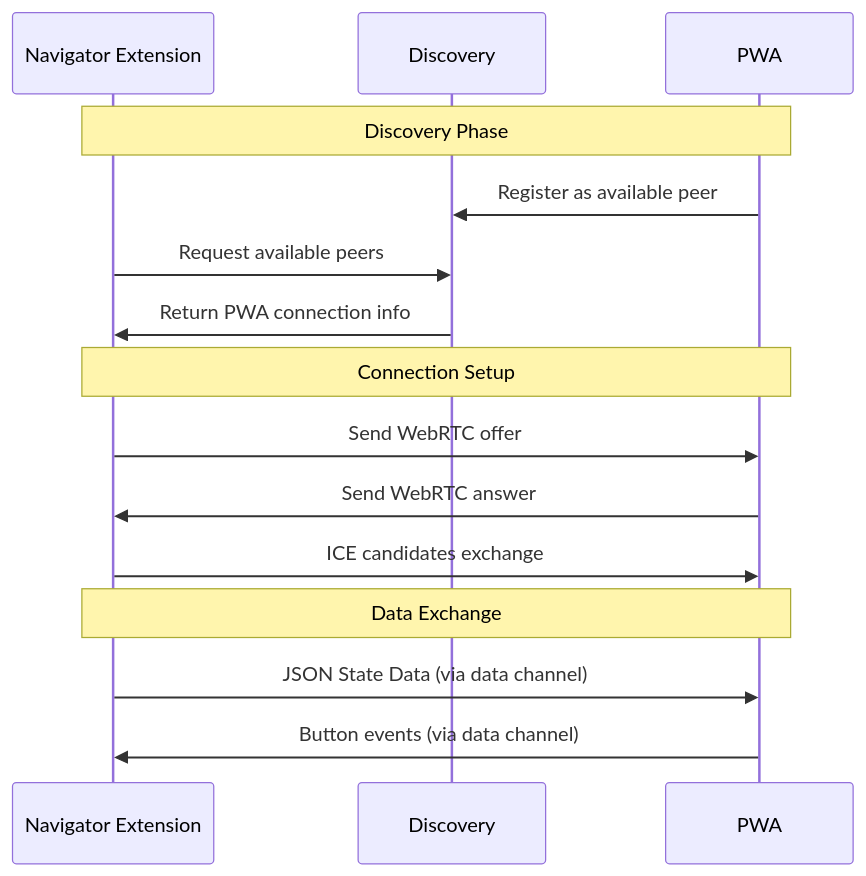
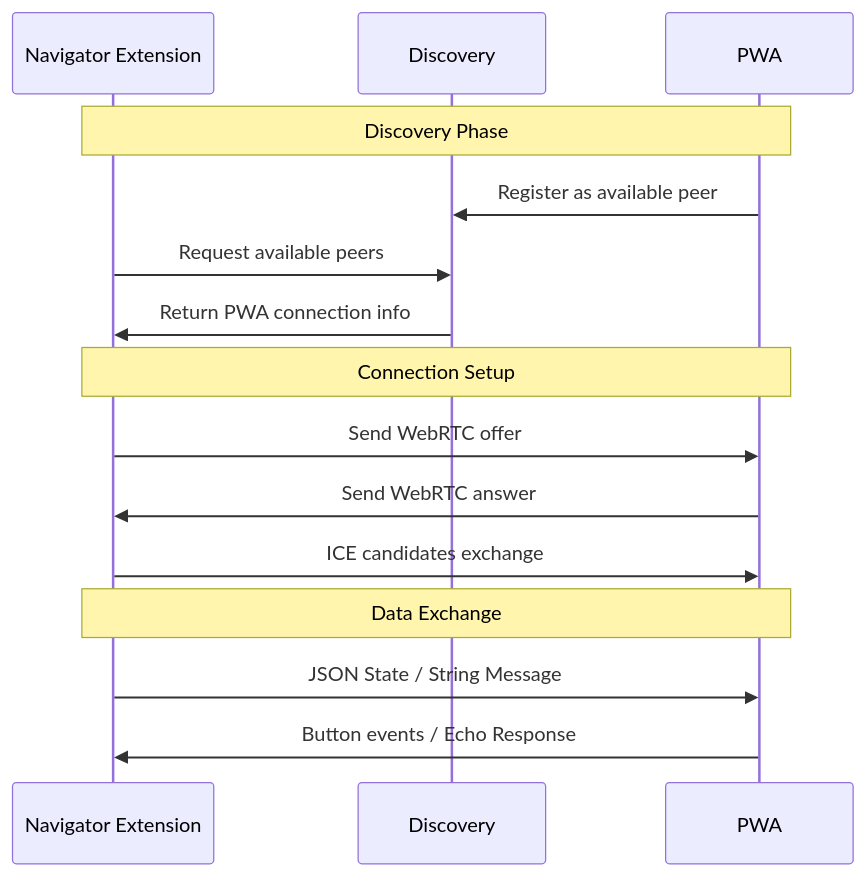
The second of 7 diagrams in mkdocs/docs/implementation.md (LibreTactile/tomat-light-pwa), drawn with Mermaid before and after one commit. The commit also changed other lines of this file and 3 other files, not shown here.

````diff
--- a/mkdocs/docs/implementation.md
+++ b/mkdocs/docs/implementation.md
@@ -48,20 +48,20 @@
 ```mermaid
 sequenceDiagram
     participant Client as Navigator Extension
     participant Discovery
     participant PWA
     
     Note over Client,PWA: Discovery Phase
     PWA->>Discovery: Register as available peer
     Client->>Discovery: Request available peers
     Discovery->>Client: Return PWA connection info
     
     Note over Client,PWA: Connection Setup
     Client->>PWA: Send WebRTC offer
     PWA->>Client: Send WebRTC answer
     Client->>PWA: ICE candidates exchange
     
     Note over Client,PWA: Data Exchange
-    Client->>PWA: JSON State Data (via data channel)
-    PWA->>Client: Button events (via data channel)
+    Client->>PWA: JSON State / String Message
+    PWA->>Client: Button events / Echo Response
 ```
````
